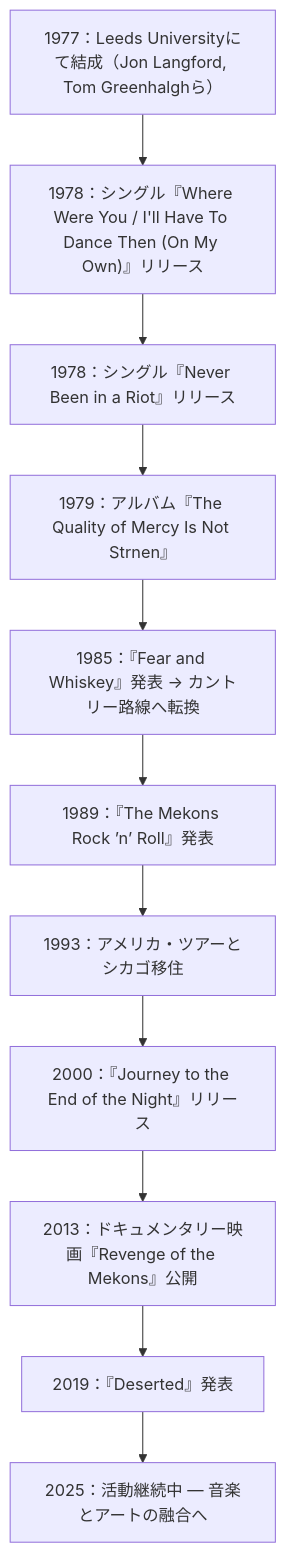
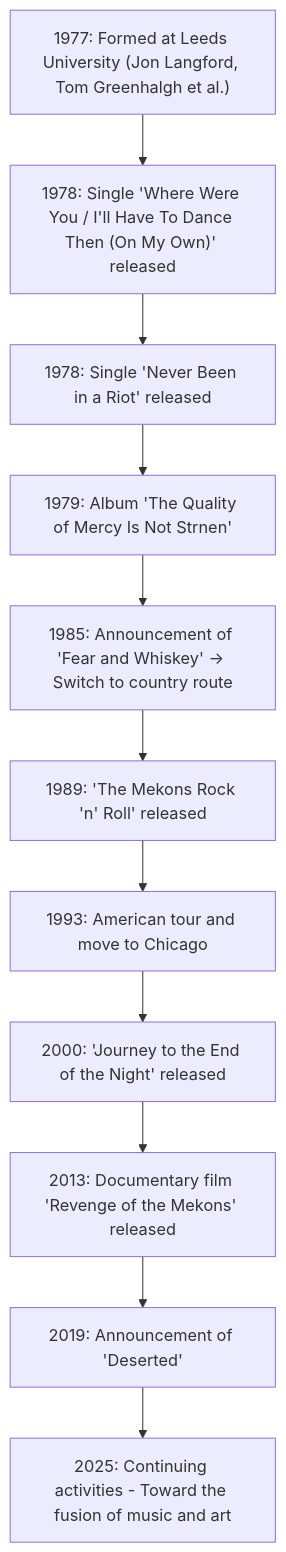
Before and after one commit to monumental-movement/monumental-movement.github.io: the diagram in en/_posts/2025-10-08-Column-The-Mekons.md, drawn with Mermaid. The commit also changed 152 other files, not shown here.

```diff
--- a/en/_posts/2025-10-08-Column-The-Mekons.md
+++ b/en/_posts/2025-10-08-Column-The-Mekons.md
@@ -187,18 +187,18 @@
 <div class="mermaid">
 
 flowchart TD
-    A1977["1977：Leeds Universityにて結成（Jon Langford, Tom Greenhalghら）"]
-    A1978a["1978：シングル『Where Were You / I'll Have To Dance Then (On My Own)』リリース"]
-    A1978b["1978：シングル『Never Been in a Riot』リリース"]
-    A1979["1979：アルバム『The Quality of Mercy Is Not Strnen』"]
-    A1985["1985：『Fear and Whiskey』発表 → カントリー路線へ転換"]
-    A1989["1989：『The Mekons Rock ’n’ Roll』発表"]
-    A1993["1993：アメリカ・ツアーとシカゴ移住"]
-    A2000["2000：『Journey to the End of the Night』リリース"]
-    A2013["2013：ドキュメンタリー映画『Revenge of the Mekons』公開"]
-    A2019["2019：『Deserted』発表"]
-    A2025["2025：活動継続中 — 音楽とアートの融合へ"]
+    A1977["1977: Formed at Leeds University (Jon Langford, Tom Greenhalgh et al.)"]
+    A1978a["1978: Single 'Where Were You / I'll Have To Dance Then (On My Own)' released"]
+    A1978b["1978: Single 'Never Been in a Riot' released"]
+    A1979["1979: Album 'The Quality of Mercy Is Not Strnen'"]
+    A1985["1985: Announcement of 'Fear and Whiskey' → Switch to country route"]
+    A1989["1989: 'The Mekons Rock 'n' Roll' released"]
+    A1993["1993: American tour and move to Chicago"]
+    A2000["2000: 'Journey to the End of the Night' released"]
+    A2013["2013: Documentary film 'Revenge of the Mekons' released"]
+    A2019["2019: Announcement of 'Deserted'"]
+    A2025["2025: Continuing activities - Toward the fusion of music and art"]
 
     A1977 --> A1978a --> A1978b --> A1979 --> A1985 --> A1989 --> A1993 --> A2000 --> A2013 --> A2019 --> A2025
 
 </div>
```
